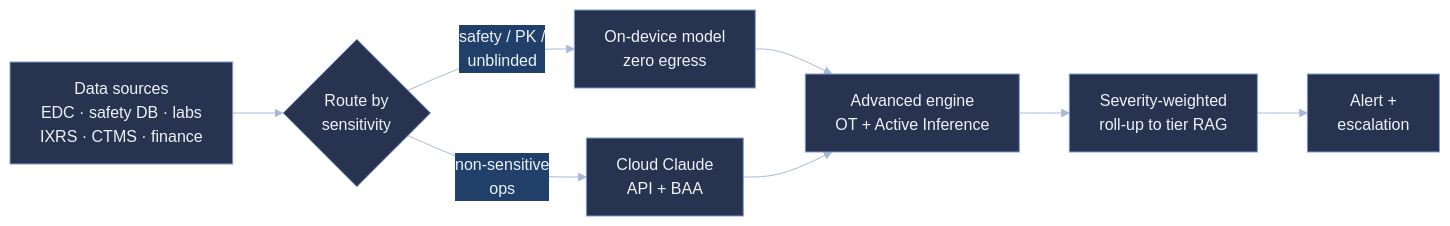
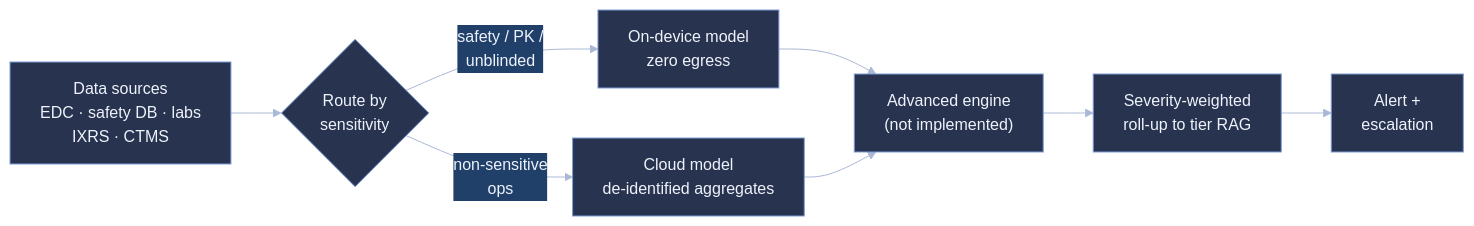
The diagram in risk_monitor/quarto/risk-guide.qmd (patrickiben/biometrics-ai-portfolio), drawn with Mermaid before and after one commit. The commit also changed other lines of this file and 10 other files, not shown here.

````diff
--- a/risk_monitor/quarto/risk-guide.qmd
+++ b/risk_monitor/quarto/risk-guide.qmd
@@ -49,11 +53,11 @@
 ```{mermaid}
 %%{init: {'theme':'base','themeVariables':{'primaryColor':'#28344f','primaryTextColor':'#eef2fb','primaryBorderColor':'#7d9bd6','lineColor':'#aab8d6','clusterBkg':'#161d33','clusterBorder':'#3a476a','tertiaryColor':'#20406a','tertiaryTextColor':'#eef2fb','tertiaryBorderColor':'#7d9bd6','secondaryColor':'#20406a','secondaryTextColor':'#eef2fb'}}}%%
 flowchart LR
-  SRC["Data sources<br/>EDC · safety DB · labs<br/>IXRS · CTMS · finance"] --> RT{"Route by<br/>sensitivity"}
+  SRC["Data sources<br/>EDC · safety DB · labs<br/>IXRS · CTMS"] --> RT{"Route by<br/>sensitivity"}
   RT -->|"safety / PK /<br/>unblinded"| LOC["On-device model<br/>zero egress"]
-  RT -->|"non-sensitive<br/>ops"| CLD["Cloud Claude<br/>API + BAA"]
-  LOC --> ADV["Advanced engine<br/>OT + Active Inference"]
+  RT -->|"non-sensitive<br/>ops"| CLD["Cloud model<br/>de-identified aggregates"]
+  LOC --> ADV["Advanced engine<br/>(not implemented)"]
   CLD --> ADV
   ADV --> SC["Severity-weighted<br/>roll-up to tier RAG"]
   SC --> ESC["Alert +<br/>escalation"]
 ```
````
